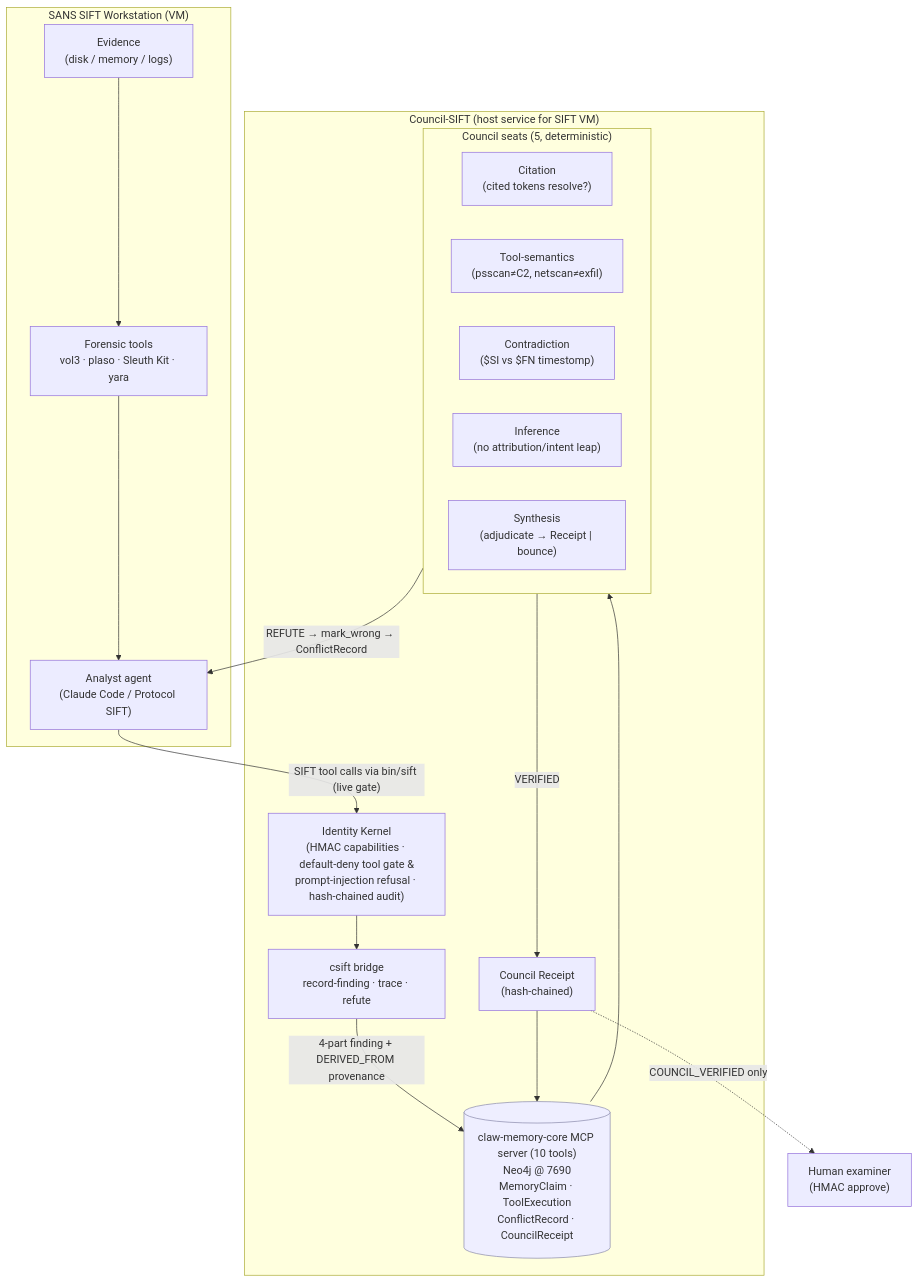
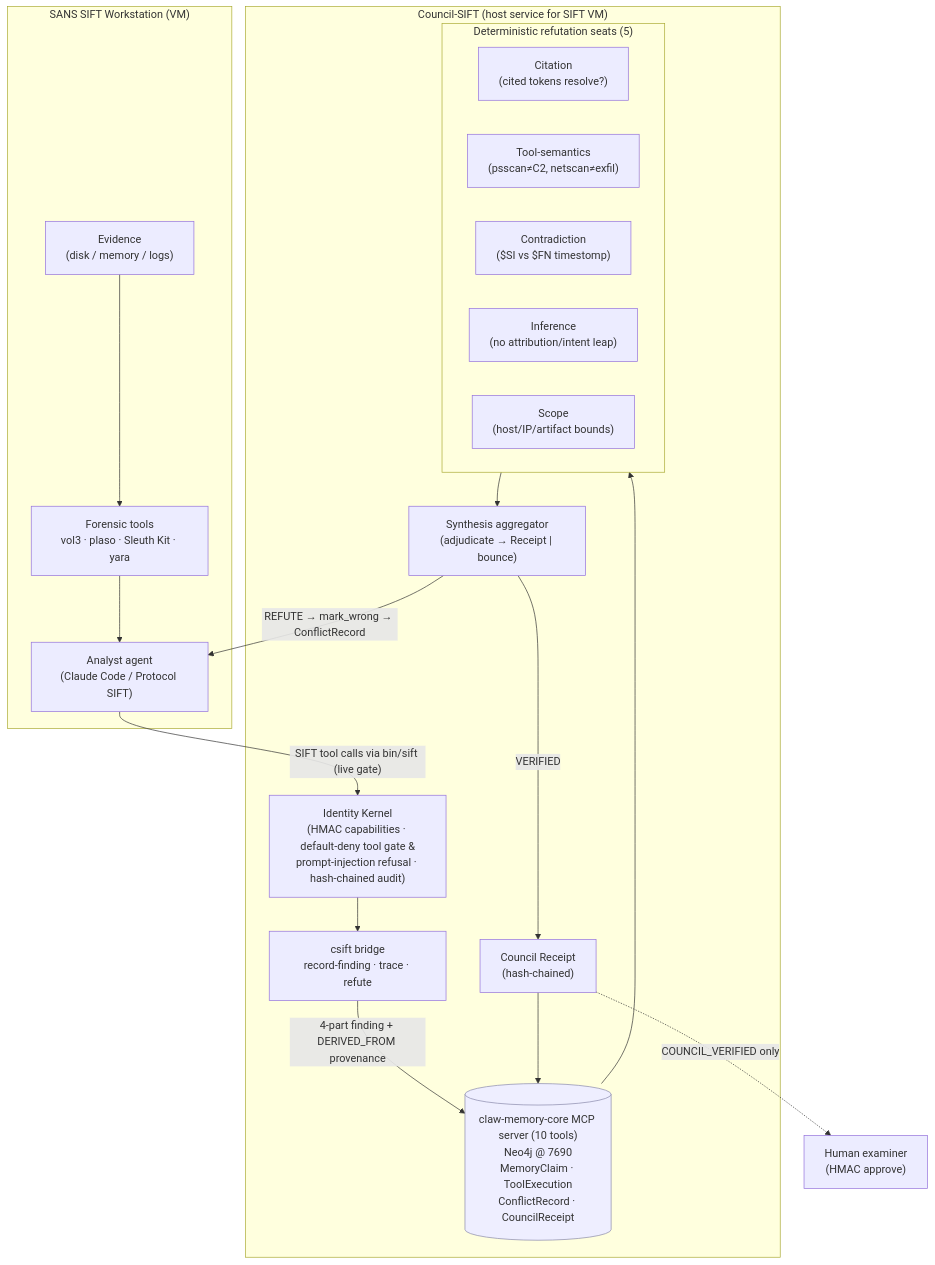
The diagram in ARCHITECTURE.md (davfd/council-sift), drawn with Mermaid before and after one commit. The commit also changed other lines of this file and 6 other files, not shown here.

````diff
--- a/ARCHITECTURE.md
+++ b/ARCHITECTURE.md
@@ -10,36 +10,37 @@
 ```mermaid
 flowchart TB
   subgraph SIFT["SANS SIFT Workstation (VM)"]
     EV["Evidence<br/>(disk / memory / logs)"]
     TOOLS["Forensic tools<br/>vol3 · plaso · Sleuth Kit · yara"]
     ANALYST["Analyst agent<br/>(Claude Code / Protocol SIFT)"]
     EV --> TOOLS --> ANALYST
   end
 
   subgraph HOST["Council-SIFT (host service for SIFT VM)"]
     KERNEL["Identity Kernel<br/>(HMAC capabilities · default-deny tool gate &<br/>prompt-injection refusal · hash-chained audit)"]
     BRIDGE["csift bridge<br/>record-finding · trace · refute"]
     MEM[("claw-memory-core MCP server (10 tools)<br/>Neo4j @ 7690<br/>MemoryClaim · ToolExecution<br/>ConflictRecord · CouncilReceipt")]
-    subgraph COUNCIL["Council seats (5, deterministic)"]
+    subgraph COUNCIL["Deterministic refutation seats (5)"]
       CIT["Citation<br/>(cited tokens resolve?)"]
       TS["Tool-semantics<br/>(psscan≠C2, netscan≠exfil)"]
       CON["Contradiction<br/>($SI vs $FN timestomp)"]
       INF["Inference<br/>(no attribution/intent leap)"]
-      SYN["Synthesis<br/>(adjudicate → Receipt | bounce)"]
+      SCOPE["Scope<br/>(host/IP/artifact bounds)"]
     end
+    SYN["Synthesis aggregator<br/>(adjudicate → Receipt | bounce)"]
     RECEIPT["Council Receipt<br/>(hash-chained)"]
   end
 
   HUMAN["Human examiner<br/>(HMAC approve)"]
 
   ANALYST -- "SIFT tool calls via bin/sift (live gate)" --> KERNEL
   KERNEL --> BRIDGE
   BRIDGE -- "4-part finding + DERIVED_FROM provenance" --> MEM
-  MEM --> COUNCIL
-  COUNCIL -- "REFUTE → mark_wrong → ConflictRecord" --> ANALYST
-  COUNCIL -- "VERIFIED" --> RECEIPT --> MEM
+  MEM --> COUNCIL --> SYN
+  SYN -- "REFUTE → mark_wrong → ConflictRecord" --> ANALYST
+  SYN -- "VERIFIED" --> RECEIPT --> MEM
   RECEIPT -. "COUNCIL_VERIFIED only" .-> HUMAN
 
   classDef store fill:#eef,stroke:#88a;
   class MEM store;
 ```
````
